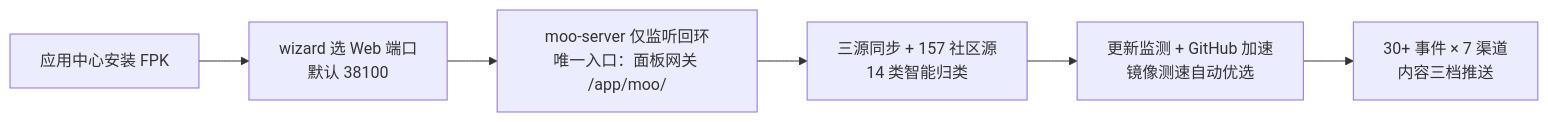
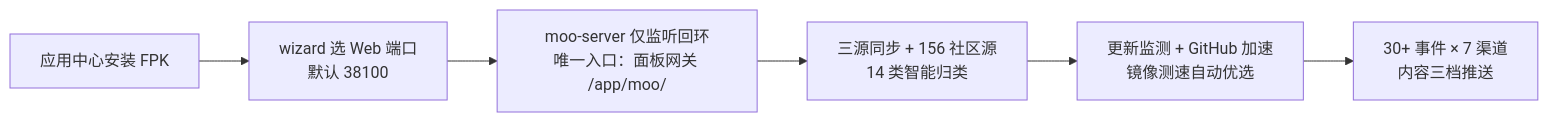
One commit to Blue-Mink/moo changed the diagram in README.md. Above: the diagram before and after it, drawn with Mermaid. The commit also changed other lines of this file and 3 other files, not shown here.

````diff
--- a/README.md
+++ b/README.md
@@ -95,8 +96,8 @@
 ```mermaid
 flowchart LR
     A["应用中心安装 FPK"] --> B["wizard 选 Web 端口<br/>默认 38100"]
     B --> C["moo-server 仅监听回环<br/>唯一入口：面板网关 /app/moo/"]
-    C --> D["三源同步 + 157 社区源<br/>14 类智能归类"]
+    C --> D["三源同步 + 156 社区源<br/>14 类智能归类"]
     D --> E["更新监测 + GitHub 加速<br/>镜像测速自动优选"]
     E --> F["30+ 事件 × 7 渠道<br/>内容三档推送"]
 ```
````
